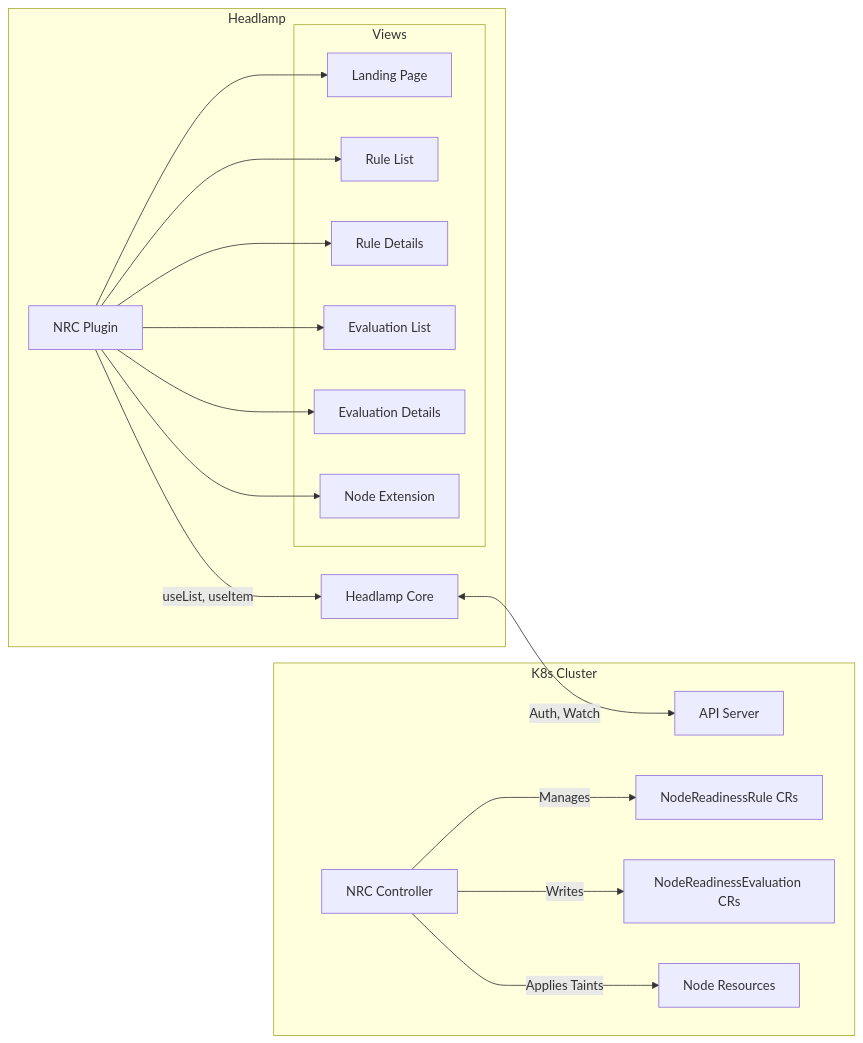
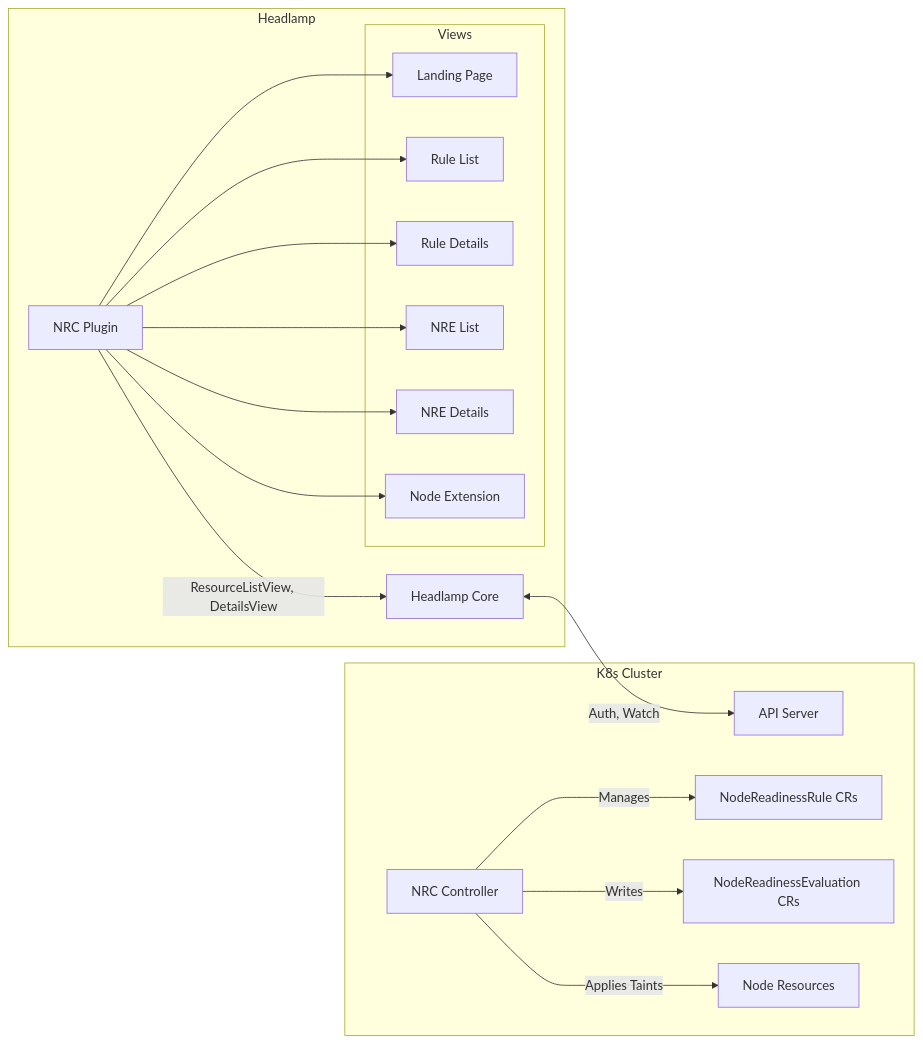
Before and after one commit to kubernetes-sigs/node-readiness-controller: the diagram in docs/headlamp-plugin-design.md, drawn with Mermaid. The commit also changed other lines of this file, not shown here.

````diff
--- a/docs/headlamp-plugin-design.md
+++ b/docs/headlamp-plugin-design.md
@@ -110,38 +130,38 @@
 ```mermaid
 flowchart LR
     subgraph K8s Cluster
         API[API Server]
         NRC[NRC Controller]
         CRDs[NodeReadinessRule CRs]
         NREs[NodeReadinessEvaluation CRs]
         Nodes[Node Resources]
 
         NRC -->|Manages| CRDs
         NRC -->|Writes| NREs
         NRC -->|Applies Taints| Nodes
     end
 
     subgraph Headlamp
         Core[Headlamp Core]
         Plugin[NRC Plugin]
 
         Core <-->|Auth, Watch| API
-        Plugin -->|useList, useItem| Core
+        Plugin -->|ResourceListView, DetailsView| Core
 
         subgraph Views
             LP[Landing Page]
             RL[Rule List]
             RD[Rule Details]
-            EL[Evaluation List]
-            ED[Evaluation Details]
+            EL[NRE List]
+            ED[NRE Details]
             NE[Node Extension]
         end
 
         Plugin --> LP
         Plugin --> RL
         Plugin --> RD
         Plugin --> EL
         Plugin --> ED
         Plugin --> NE
     end
 ```
````
